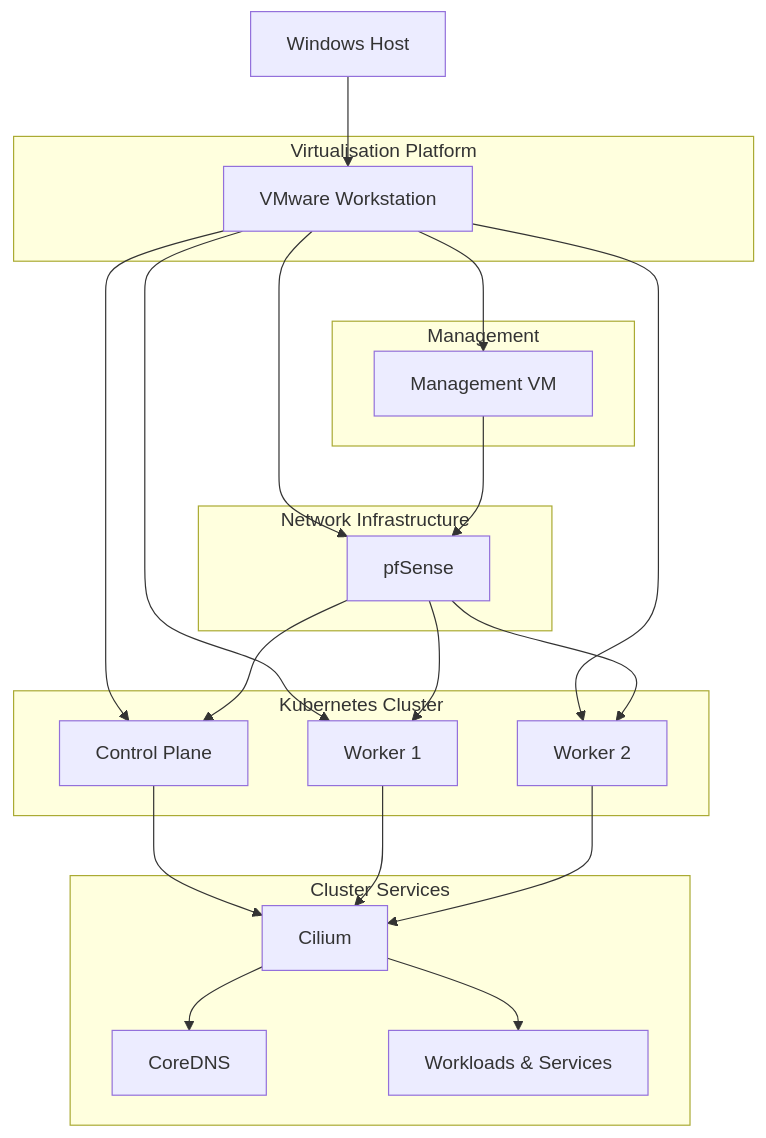
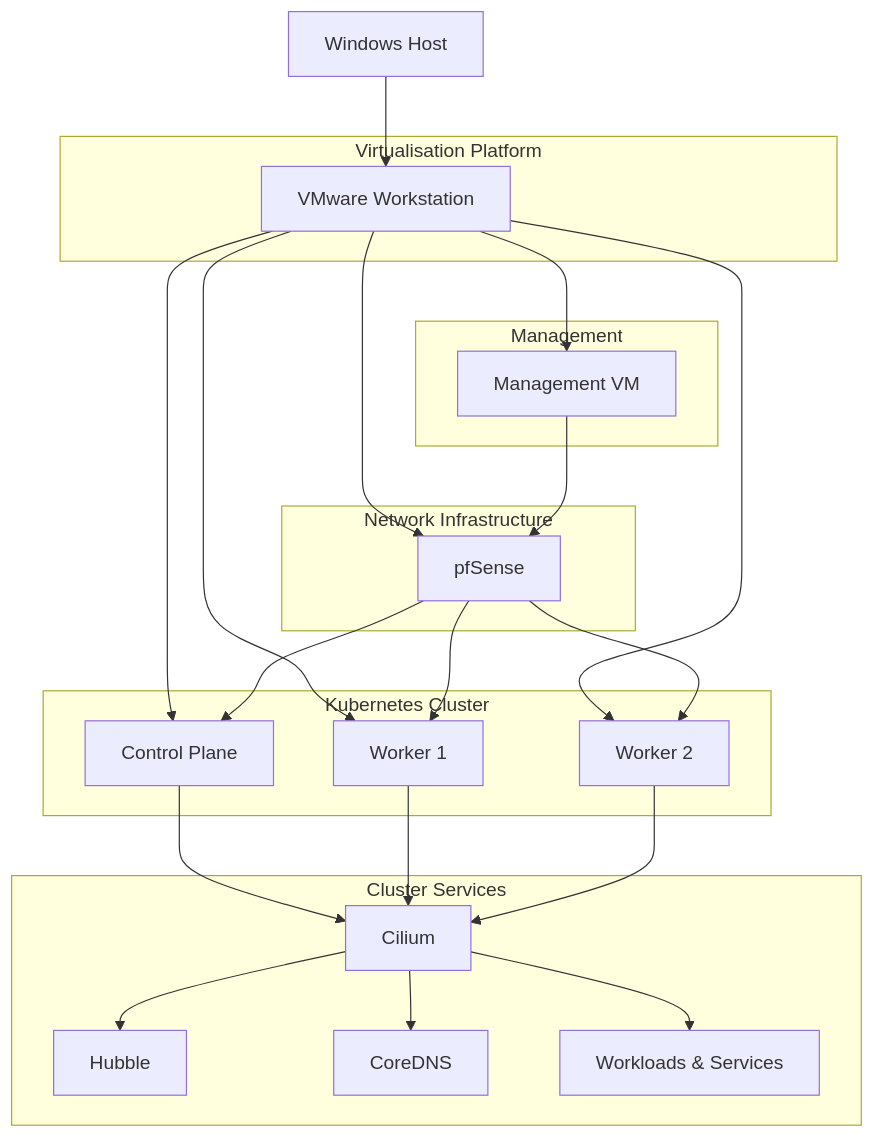
One commit to paknaoo/k8s-cilium-lab changed the diagram in README.md. Above: the diagram before and after it, drawn with Mermaid. The commit also changed other lines of this file, not shown here.

Commit message:
docs: update project state for Hubble

````diff
--- a/README.md
+++ b/README.md
@@ -15,50 +15,52 @@
 ```mermaid
 flowchart TD
 
     HOST[Windows Host]
 
     subgraph VIRTUALISATION["Virtualisation Platform"]
         VMW[VMware Workstation]
     end
 
     subgraph MANAGEMENT["Management"]
         MGMT[Management VM]
     end
 
     subgraph NETWORK["Network Infrastructure"]
         PFSENSE[pfSense]
     end
 
     subgraph CLUSTER["Kubernetes Cluster"]
         MASTER[Control Plane]
         WORKER1[Worker 1]
         WORKER2[Worker 2]
     end
 
     subgraph SERVICES["Cluster Services"]
         CILIUM[Cilium]
+        HUBBLE[Hubble]
         COREDNS[CoreDNS]
         WORKLOADS[Workloads & Services]
     end
 
     HOST --> VMW
 
     VMW --> MGMT
     VMW --> PFSENSE
     VMW --> MASTER
     VMW --> WORKER1
     VMW --> WORKER2
 
     MGMT --> PFSENSE
 
     PFSENSE --> MASTER
     PFSENSE --> WORKER1
     PFSENSE --> WORKER2
 
     MASTER --> CILIUM
     WORKER1 --> CILIUM
     WORKER2 --> CILIUM
 
+    CILIUM --> HUBBLE
     CILIUM --> COREDNS
     CILIUM --> WORKLOADS
 ```
````
